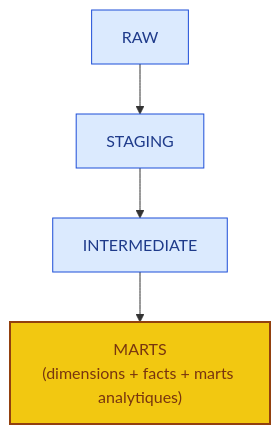
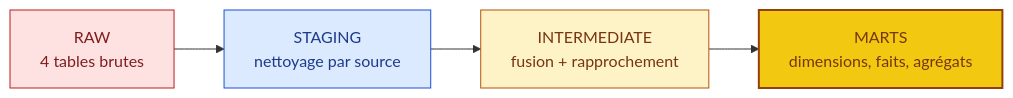
Before and after one commit to abdoudjigo/assaman-suuf: the second of 9 diagrams in dbt_project/README_dbt_staging.md, drawn with Mermaid. The commit also changed other lines of this file, not shown here.

````diff
--- a/dbt_project/README_dbt_staging.md
+++ b/dbt_project/README_dbt_staging.md
@@ -62,11 +62,13 @@
 ```mermaid
-flowchart TB
-    RAW["RAW"] --> STG["STAGING"]
-    STG --> INT["INTERMEDIATE"]
-    INT --> MARTS["MARTS<br/>(dimensions + facts + marts analytiques)"]
+flowchart LR
+    RAW["RAW<br/>4 tables brutes"] --> STG["STAGING<br/>nettoyage par source"] --> INT["INTERMEDIATE<br/>fusion + rapprochement"] --> MARTS["MARTS<br/>dimensions, faits, agrégats"]
 
-    classDef couche fill:#DBEAFE,stroke:#1D4ED8,color:#1E3A8A
-    classDef marts fill:#F2C811,stroke:#92400E,color:#78350F,stroke-width:2px
-    class RAW,STG,INT couche
-    class MARTS marts
+    classDef raw fill:#FEE2E2,stroke:#B91C1C,color:#7F1D1D
+    classDef stg fill:#DBEAFE,stroke:#1D4ED8,color:#1E3A8A
+    classDef inter fill:#FEF3C7,stroke:#B45309,color:#78350F
+    classDef mart fill:#F2C811,stroke:#92400E,color:#78350F,stroke-width:2px
+    class RAW raw
+    class STG stg
+    class INT inter
+    class MARTS mart
 ```
````
